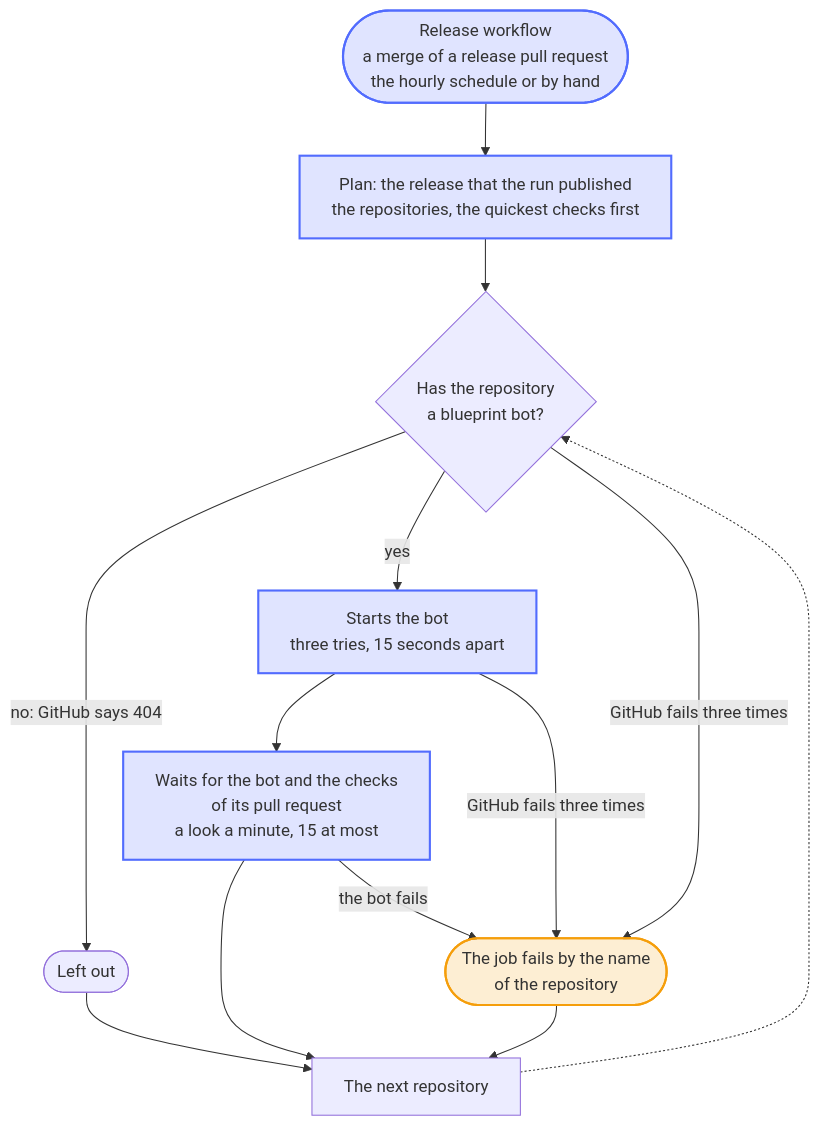
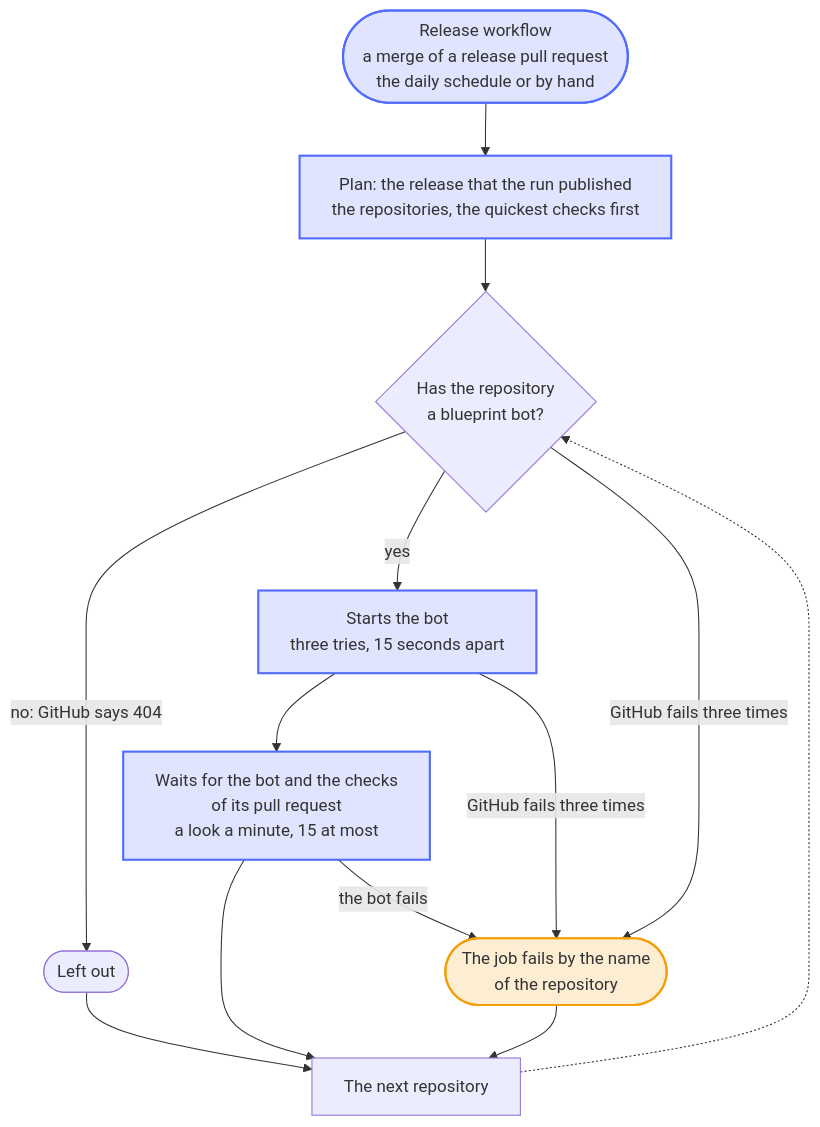
Before and after one commit to Dennis-Otto/repo-blueprint: the diagram in docs/diagrams/how-the-rollout-brings-a-release-to-the-repositories.mmd, drawn with Mermaid. The commit also changed 8 other files, not shown here.

```diff
--- a/docs/diagrams/how-the-rollout-brings-a-release-to-the-repositories.mmd
+++ b/docs/diagrams/how-the-rollout-brings-a-release-to-the-repositories.mmd
@@ -1,31 +1,31 @@
 ---
 config:
   flowchart:
     wrappingWidth: 400
 ---
 flowchart TB
     accTitle: How the Rollout brings a release to the repositories
     accDescr: A run of the Release workflow that can have made a release starts the plan. The plan takes the release that the run published and lists the repositories of the release app, the quickest checks first. Then one job for each repository, one at a time: it looks for the blueprint bot, starts it, and waits for the bot and the checks of its update pull request, up to 15 minutes, before the next repository. A repository without a bot is left out; one that GitHub doesn't answer or start, or whose bot fails, fails its job by its name, and the next repository starts all the same.
 
-    run(["Release workflow<br>a merge of a release pull request<br>the hourly schedule or by hand"])
+    run(["Release workflow<br>a merge of a release pull request<br>the daily schedule or by hand"])
     plan["Plan: the release that the run published<br>the repositories, the quickest checks first"]
     look{"Has the repository<br>a blueprint bot?"}
     left(["Left out"])
     start["Starts the bot<br>three tries, 15 seconds apart"]
     wait["Waits for the bot and the checks<br>of its pull request<br>a look a minute, 15 at most"]
     failed(["The job fails by the name<br>of the repository"])
     next["The next repository"]
 
     run --> plan --> look
     look -- "no: GitHub says 404" --> left --> next
     look -- "yes" --> start --> wait --> next
     look -- "GitHub fails three times" --> failed
     start -- "GitHub fails three times" --> failed
     wait -- "the bot fails" --> failed
     failed --> next
     next -.-> look
 
     classDef bot fill:#526cfe2e,stroke:#526cfe,stroke-width:2px
     classDef person fill:#f59e0b2e,stroke:#f59e0b,stroke-width:2px
     class run,plan,start,wait bot
     class failed person
```
